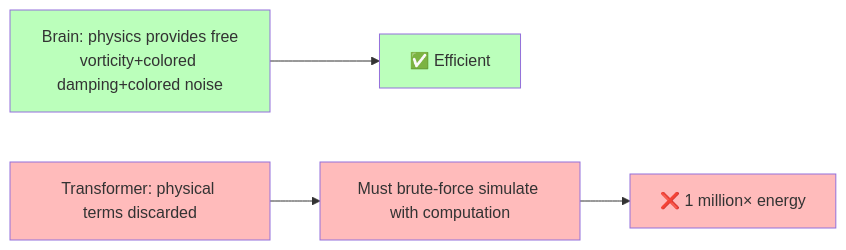
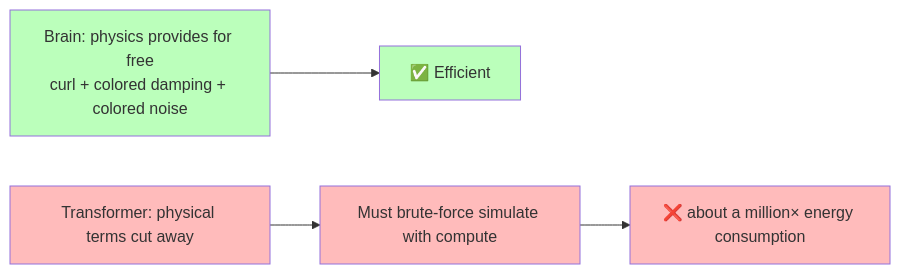
The second of 3 diagrams in 30minutes_report_en.md (gwailee/uid), drawn with Mermaid before and after one commit. The commit also changed other lines of this file, not shown here.

````diff
--- a/30minutes_report_en.md
+++ b/30minutes_report_en.md
@@ -345,12 +384,12 @@
 ```mermaid
 graph LR
-    A["Brain: physics provides free<br/>vorticity+colored damping+colored noise"] --> B["✅ Efficient"]
-    C["Transformer: physical terms discarded"] --> D["Must brute-force simulate with computation"]
-    D --> E["❌ 1 million× energy"]
+    A["Brain: physics provides for free<br/>curl + colored damping + colored noise"] --> B["✅ Efficient"]
+    C["Transformer: physical terms cut away"] --> D["Must brute-force simulate with compute"]
+    D --> E["❌ about a million× energy consumption"]
 
     style A fill:#bfb
     style B fill:#bfb
     style C fill:#fbb
     style D fill:#fbb
     style E fill:#fbb
 ```
````
